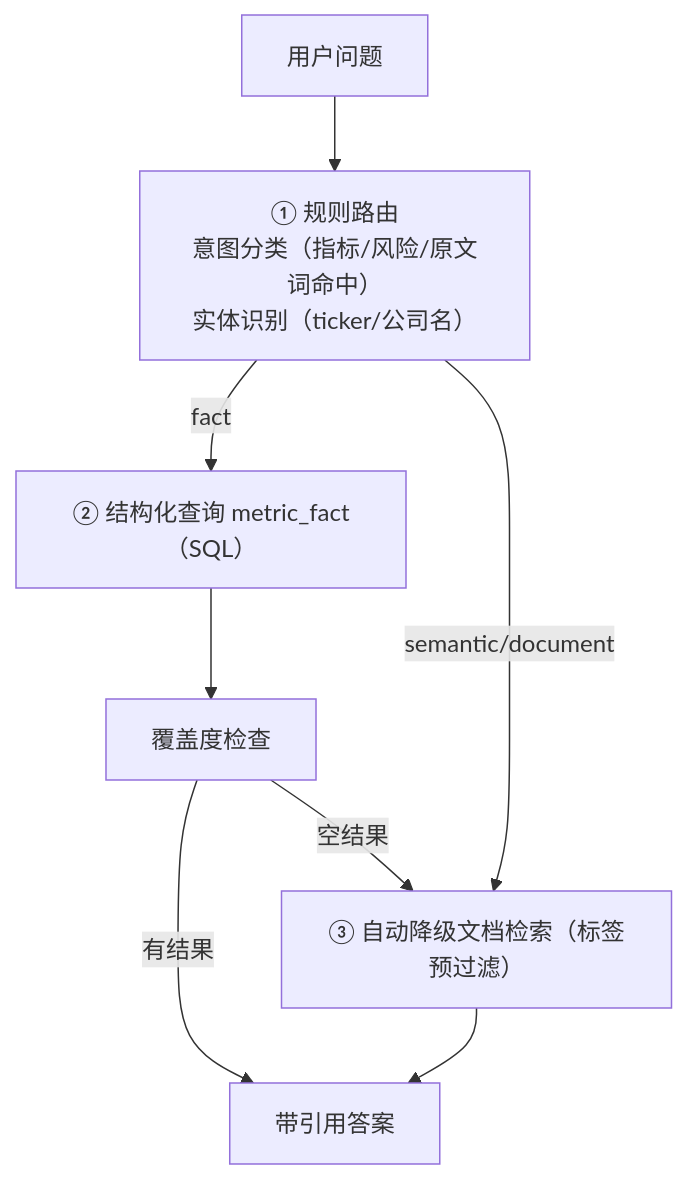
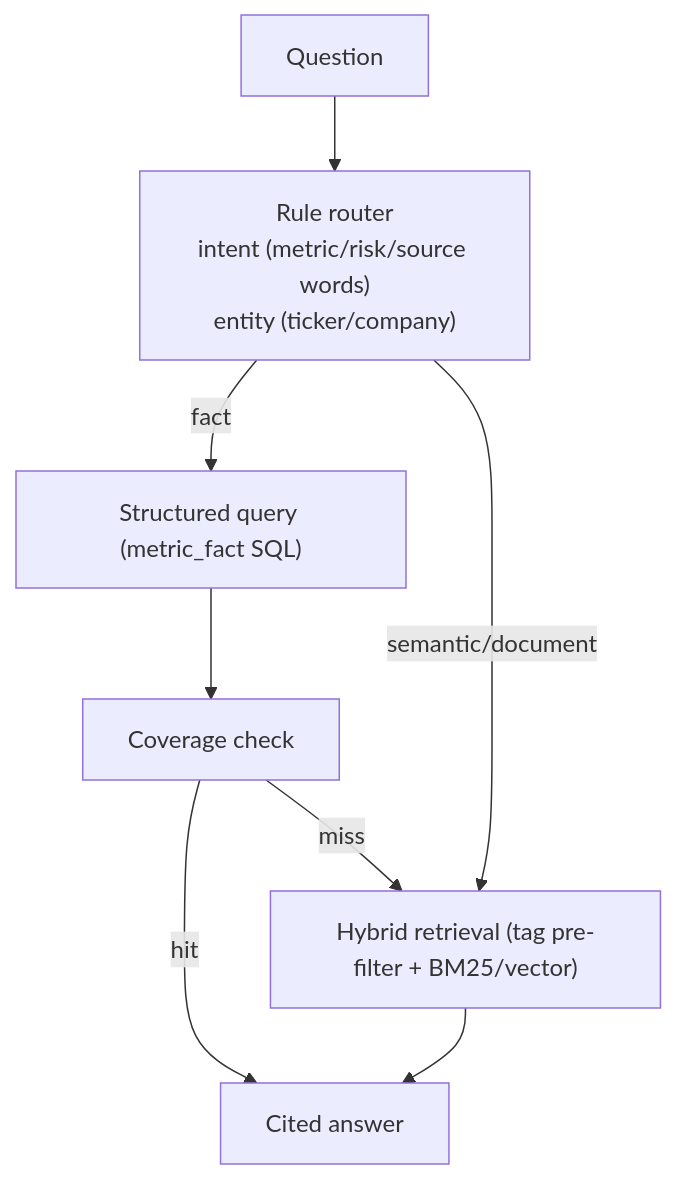
One commit to PAUL01zjb/quantra changed the second of 2 diagrams in docs/architecture.md. Above: the diagram before and after it, drawn with Mermaid. The commit also changed other lines of this file and 27 other files, not shown here.

````diff
--- a/docs/architecture.md
+++ b/docs/architecture.md
@@ -103,10 +58,10 @@
 ```mermaid
 flowchart TB
-  Q["用户问题"] --> R1["① 规则路由<br/>意图分类（指标/风险/原文词命中）<br/>实体识别（ticker/公司名）"]
-  R1 -->|"fact"| R2["② 结构化查询 metric_fact（SQL）"]
-  R2 --> R3["覆盖度检查"]
-  R3 -->|"有结果"| A["带引用答案"]
-  R3 -->|"空结果"| R4["③ 自动降级文档检索（标签预过滤）"]
+  Q["Question"] --> R1["Rule router<br/>intent (metric/risk/source words)<br/>entity (ticker/company)"]
+  R1 -->|"fact"| R2["Structured query (metric_fact SQL)"]
+  R2 --> R3["Coverage check"]
+  R3 -->|"hit"| A["Cited answer"]
+  R3 -->|"miss"| R4["Hybrid retrieval (tag pre-filter + BM25/vector)"]
   R1 -->|"semantic/document"| R4
   R4 --> A
 ```
````
